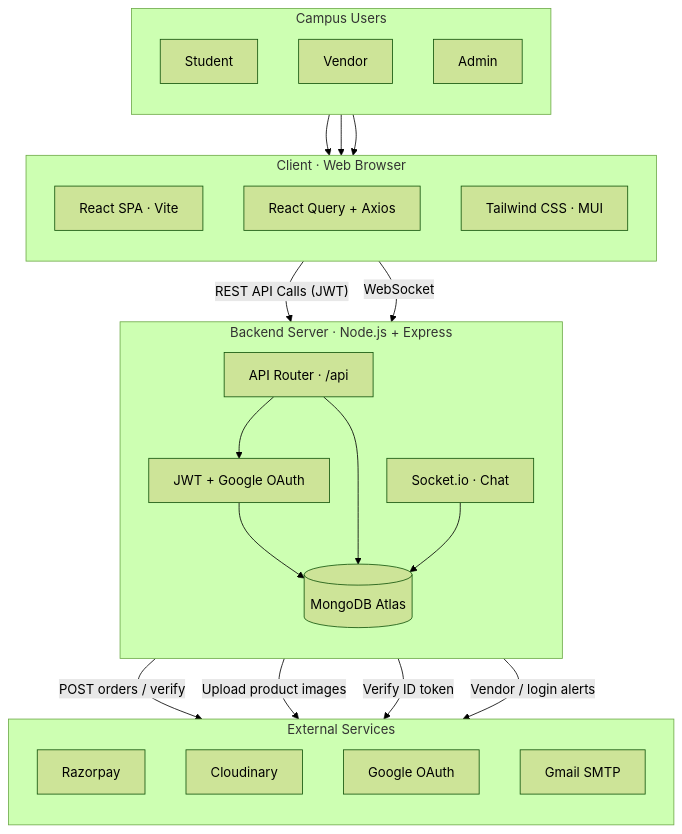
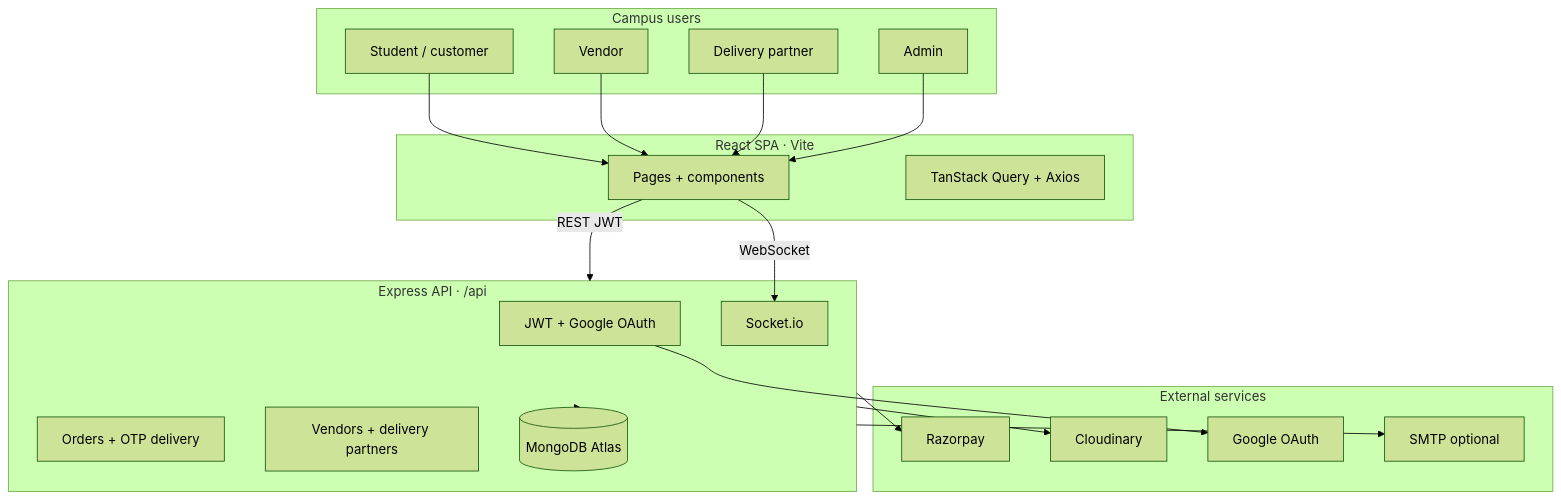
One commit to Jinanshi9460/Lobby changed the second of 5 diagrams in README.md. Above: the diagram before and after it, drawn with Mermaid (forest theme). The commit also changed other lines of this file and 25 other files, not shown here.

````diff
--- a/README.md
+++ b/README.md
@@ -28,49 +102,43 @@
 ```mermaid
 flowchart TB
-    subgraph Users["Campus Users"]
-        direction TB
-        STU["Student"]
+    subgraph Users["Campus users"]
+        STU["Student / customer"]
         VEN["Vendor"]
+        DEL["Delivery partner"]
         ADM["Admin"]
     end
 
-    subgraph Client["Client · Web Browser"]
-        direction TB
-        SPA["React SPA · Vite"]
-        RQ["React Query + Axios"]
-        UI["Tailwind CSS · MUI"]
+    subgraph Client["React SPA · Vite"]
+        SPA["Pages + components"]
+        RQ["TanStack Query + Axios"]
     end
 
-    subgraph Backend["Backend Server · Node.js + Express"]
-        direction TB
-        ROUTER["API Router · /api"]
+    subgraph Backend["Express API · /api"]
         AUTH["JWT + Google OAuth"]
-        SOCKET["Socket.io · Chat"]
+        ORD["Orders + OTP delivery"]
+        VND["Vendors + delivery partners"]
+        SOCKET["Socket.io"]
         DB[(MongoDB Atlas)]
     end
 
-    subgraph External["External Services"]
-        direction TB
+    subgraph External["External services"]
         RZR["Razorpay"]
         CLD["Cloudinary"]
         GGL["Google OAuth"]
-        MAIL["Gmail SMTP"]
+        MAIL["SMTP optional"]
     end
 
     STU --> SPA
     VEN --> SPA
+    DEL --> SPA
     ADM --> SPA
 
-    SPA -->|"REST API Calls (JWT)"| ROUTER
-    SPA -->|"WebSocket"| SOCKET
+    SPA -->|REST JWT| Backend
+    SPA -->|WebSocket| SOCKET
 
-    ROUTER --> AUTH
-    AUTH --> DB
-    ROUTER --> DB
-    SOCKET --> DB
-
-    ROUTER -->|"POST orders / verify"| RZR
-    ROUTER -->|"Upload product images"| CLD
-    AUTH -->|"Verify ID token"| GGL
-    ROUTER -->|"Vendor / login alerts"| MAIL
+    Backend --> DB
+    Backend --> RZR
+    Backend --> CLD
+    AUTH --> GGL
+    Backend --> MAIL
 ```
````
